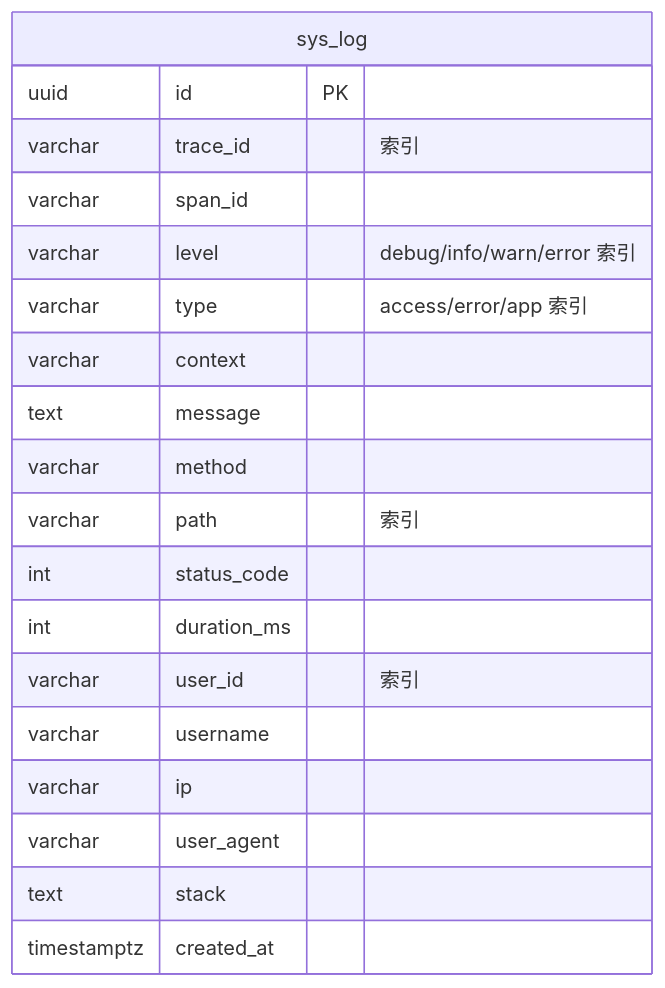
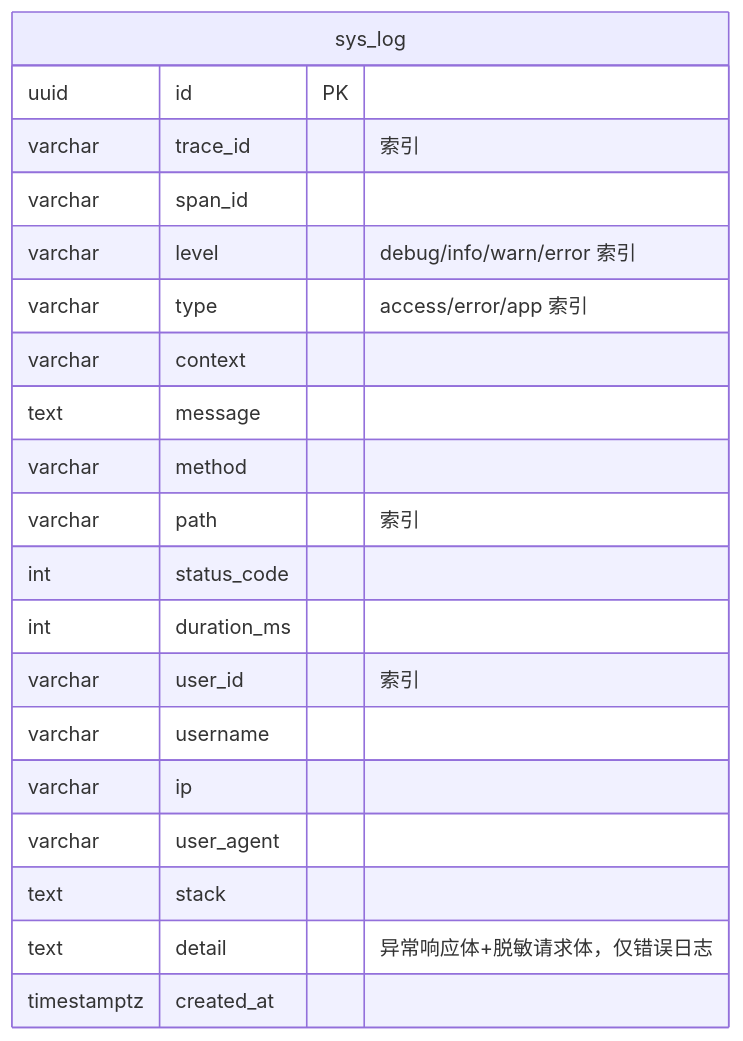
One commit to yiting001/E-sports-01 changed the third of 3 diagrams in docs/observability.md. Above: the diagram before and after it, drawn with Mermaid. The commit also changed other lines of this file and 7 other files, not shown here.

First line of the commit message:
feat(observability): 错误日志补充 detail 字段（校验响应体+脱敏请求体）

````diff
--- a/docs/observability.md
+++ b/docs/observability.md
@@ -91,22 +92,23 @@
 ```mermaid
 erDiagram
   sys_log {
     uuid id PK
     varchar trace_id "索引"
     varchar span_id
     varchar level "debug/info/warn/error 索引"
     varchar type "access/error/app 索引"
     varchar context
     text message
     varchar method
     varchar path "索引"
     int status_code
     int duration_ms
     varchar user_id "索引"
     varchar username
     varchar ip
     varchar user_agent
     text stack
+    text detail "异常响应体+脱敏请求体，仅错误日志"
     timestamptz created_at
   }
 ```
````
